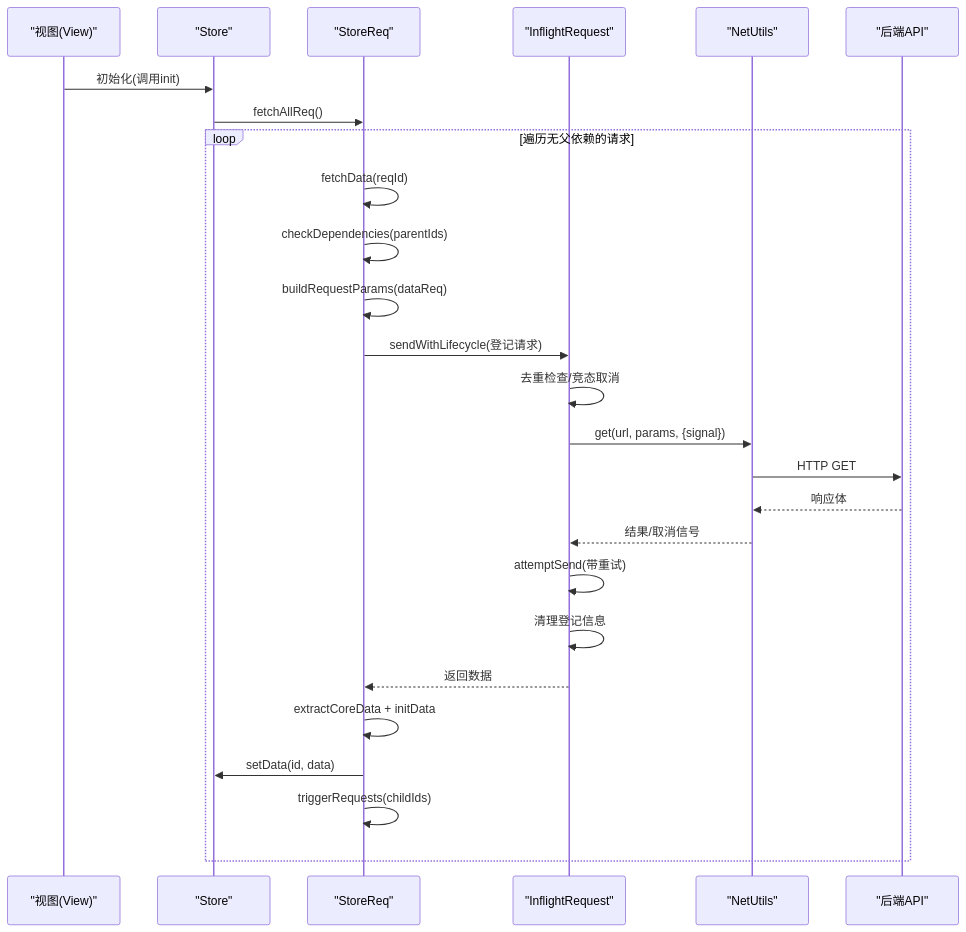
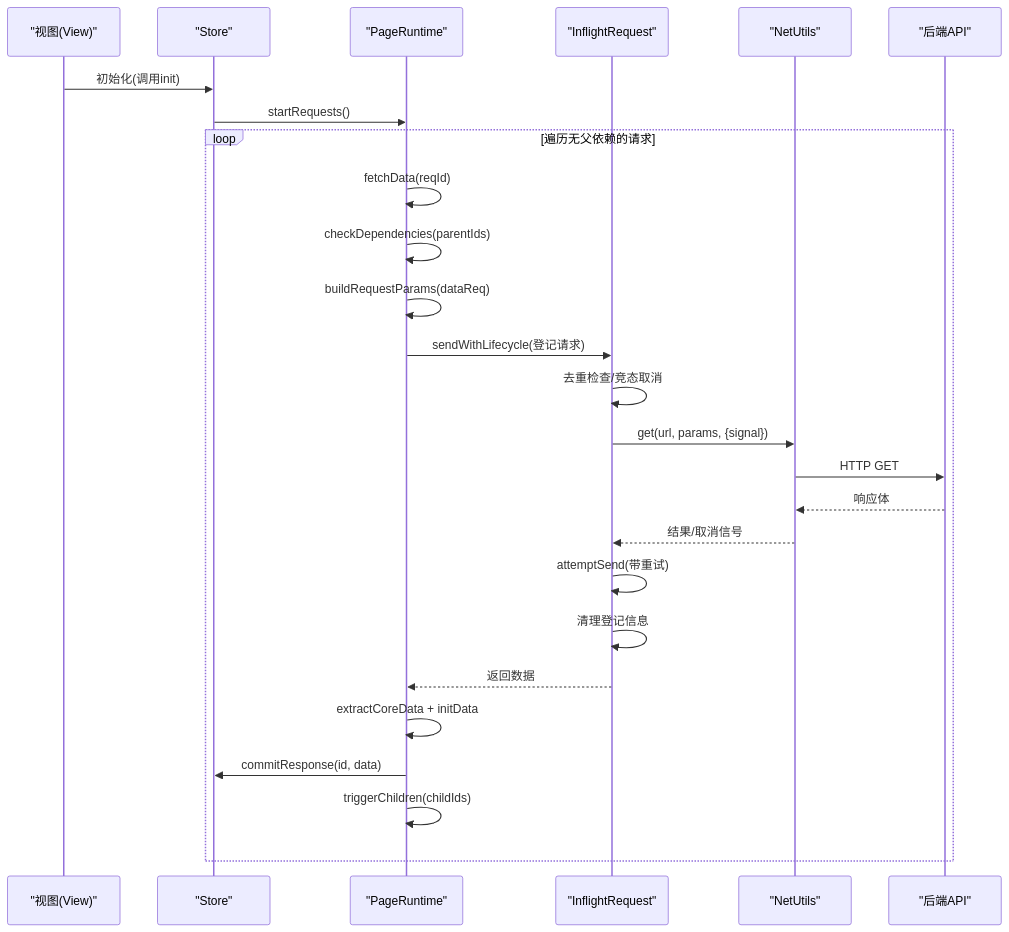
One commit to liqiongke/FrontArk changed the second of 8 diagrams in .qoder/repowiki/zh/content/架构设计/数据流管理/请求生命周期.md. Above: the diagram before and after it, drawn with Mermaid. The commit also changed other lines of this file and 19 other files, not shown here.

````diff
--- a/.qoder/repowiki/zh/content/架构设计/数据流管理/请求生命周期.md
+++ b/.qoder/repowiki/zh/content/架构设计/数据流管理/请求生命周期.md
@@ -103,28 +101,28 @@
 ```mermaid
 sequenceDiagram
 participant V as "视图(View)"
 participant S as "Store"
-participant R as "StoreReq"
+participant R as "PageRuntime"
 participant I as "InflightRequest"
 participant N as "NetUtils"
 participant API as "后端API"
 V->>S : 初始化(调用init)
-S->>R : fetchAllReq()
+S->>R : startRequests()
 loop 遍历无父依赖的请求
 R->>R : fetchData(reqId)
 R->>R : checkDependencies(parentIds)
 R->>R : buildRequestParams(dataReq)
 R->>I : sendWithLifecycle(登记请求)
 I->>I : 去重检查/竞态取消
 I->>N : get(url, params, {signal})
 N->>API : HTTP GET
 API-->>N : 响应体
 N-->>I : 结果/取消信号
 I->>I : attemptSend(带重试)
 I->>I : 清理登记信息
 I-->>R : 返回数据
 R->>R : extractCoreData + initData
-R->>S : setData(id, data)
-R->>R : triggerRequests(childIds)
+R->>S : commitResponse(id, data)
+R->>R : triggerChildren(childIds)
 end
 ```
````
